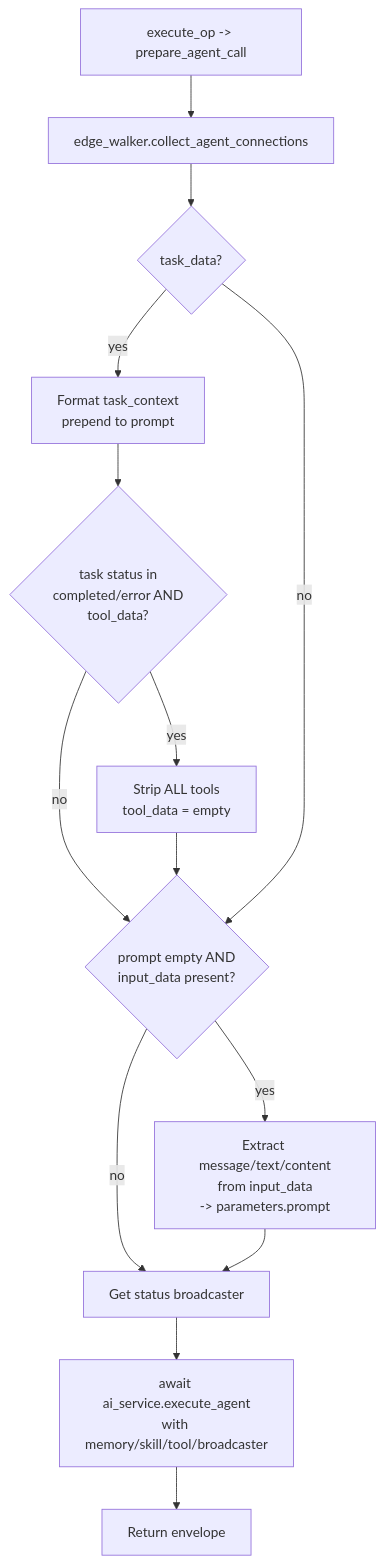
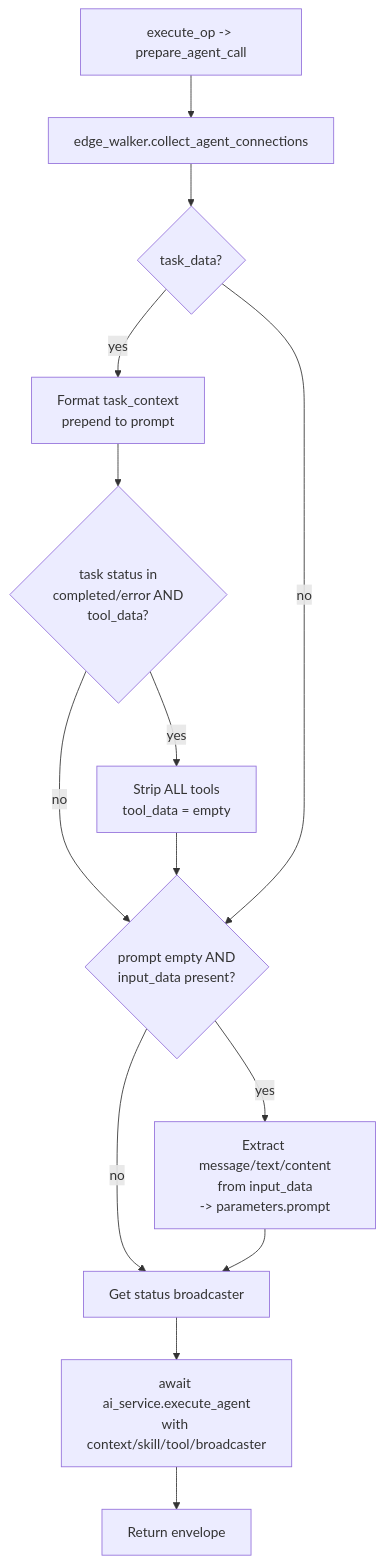
One commit to Addval-Connect/OpenCompany changed the diagram in docs-internal/node-logic-flows/ai_agents/aiAgent.md. Above: the diagram before and after it, drawn with Mermaid. The commit also changed other lines of this file and 126 other files, not shown here.

````diff
--- a/docs-internal/node-logic-flows/ai_agents/aiAgent.md
+++ b/docs-internal/node-logic-flows/ai_agents/aiAgent.md
@@ -72,16 +103,16 @@
 ```mermaid
 flowchart TD
   A[execute_op -> prepare_agent_call] --> B[edge_walker.collect_agent_connections]
   B --> C{task_data?}
   C -- yes --> D[Format task_context<br/>prepend to prompt]
   D --> E{task status in<br/>completed/error AND<br/>tool_data?}
   E -- yes --> F[Strip ALL tools<br/>tool_data = empty]
   E -- no --> G
   F --> G
   C -- no --> G{prompt empty AND<br/>input_data present?}
   G -- yes --> H[Extract message/text/content<br/>from input_data<br/>-> parameters.prompt]
   G -- no --> I
   H --> I[Get status broadcaster]
-  I --> J[await ai_service.execute_agent<br/>with memory/skill/tool/broadcaster]
+  I --> J[await ai_service.execute_agent<br/>with context/skill/tool/broadcaster]
   J --> K[Return envelope]
 ```
````
